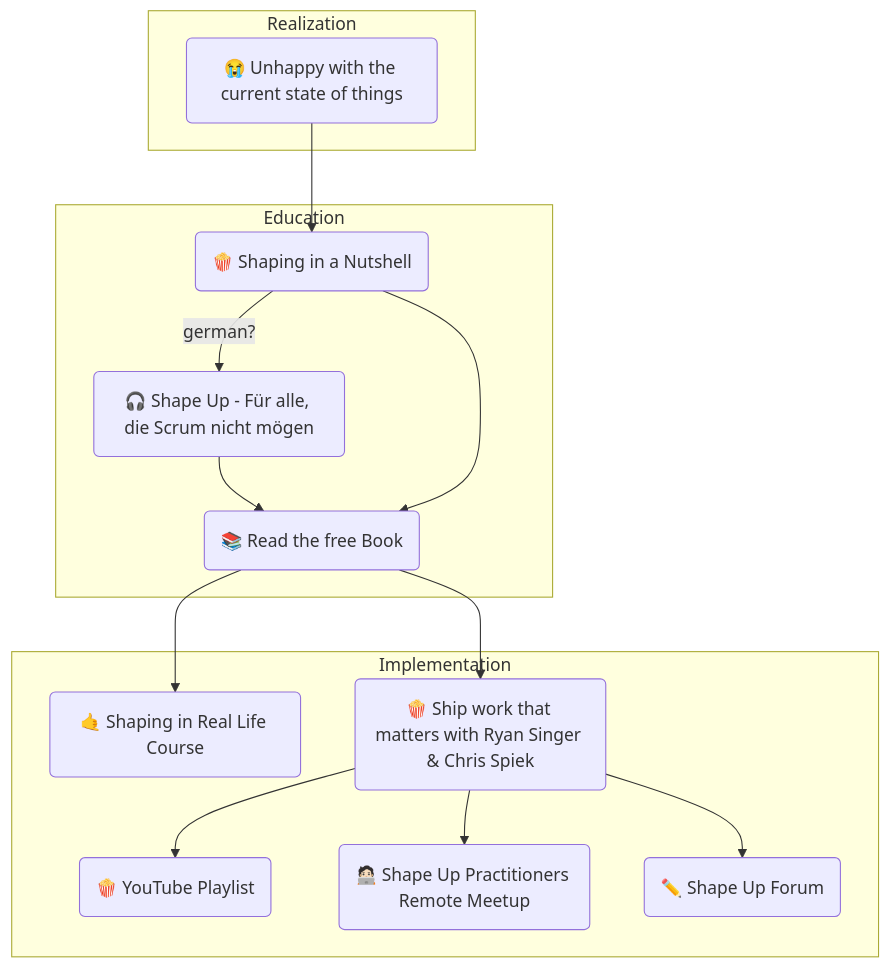
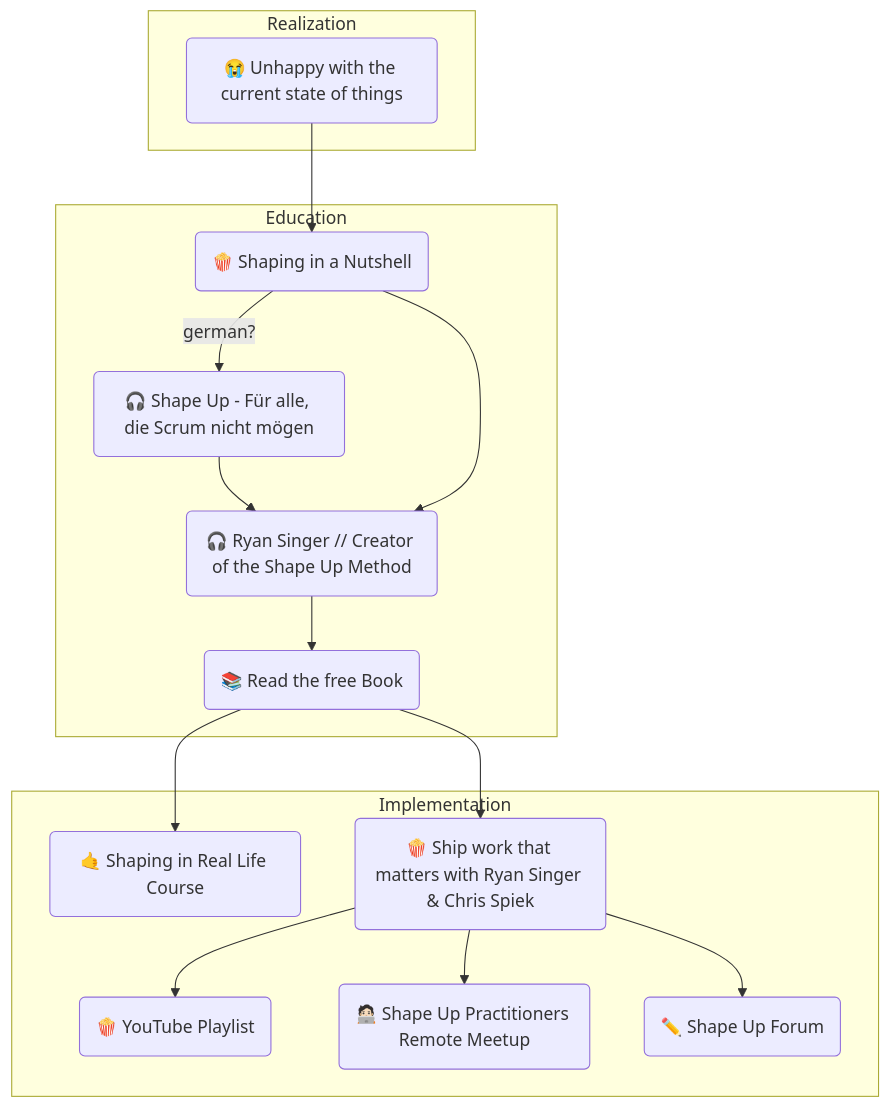
One commit to klausbreyer/shapeup-learning-path changed the diagram in README.md. Above: the diagram before and after it, drawn with Mermaid.

````diff
--- a/README.md
+++ b/README.md
@@ -3,42 +3,45 @@
 ```mermaid
 graph TD
     subgraph Realization
         U("😭 Unhappy with the current state of things")
     end
 
     subgraph Education 
         A("🍿 Shaping in a Nutshell")
         SDDC("🎧 Shape Up - Für alle, die Scrum nicht mögen")
         B("📚 Read the free Book")
+        AL("🎧 Ryan Singer // Creator of the Shape Up Method")
     end
 
     subgraph Implementation 
 
         P("🍿 YouTube Playlist")
         M("🧑🏻‍💻 Shape Up Practitioners Remote Meetup")
         R("🤙 Shaping in Real Life Course")
         S("🍿 Ship work that matters with Ryan Singer & Chris Spiek")
         F("✏️ Shape Up Forum")
     end
 
 
 U --> A
 A -->|german?| SDDC
-SDDC --> B
-A --> B
+SDDC --> AL
+A --> AL
 S--> M
 B --> R
 B --> S
 S --> F
 S --> P
+AL --> B
 
+click AL "https://alphalist.com/podcast/65-ryan-singer-creator-of-the-shape-up-method" _blank
 click A "https://www.youtube.com/watch?v=h_8M23wVjXk" _blank
 click SDDC "https://superdev.club/podcasts/shape-up/" _blank
 click B "https://basecamp.com/shapeup" _blank
 click M "https://www.meetup.com/de-DE/shapeup-practitioners/" _blank
 click R "https://feltpresence.com/srl/" _blank
 click F "https://youtu.be/jnW0fAIpLbo" _blank
 click D "https://discourse.learnshapeup.com/" _blank
 click P "https://youtu.be/h_8M23wVjXk" _blank
 click S "https://www.youtube.com/watch?v=jnW0fAIpLbo" _blank
 ```
````
